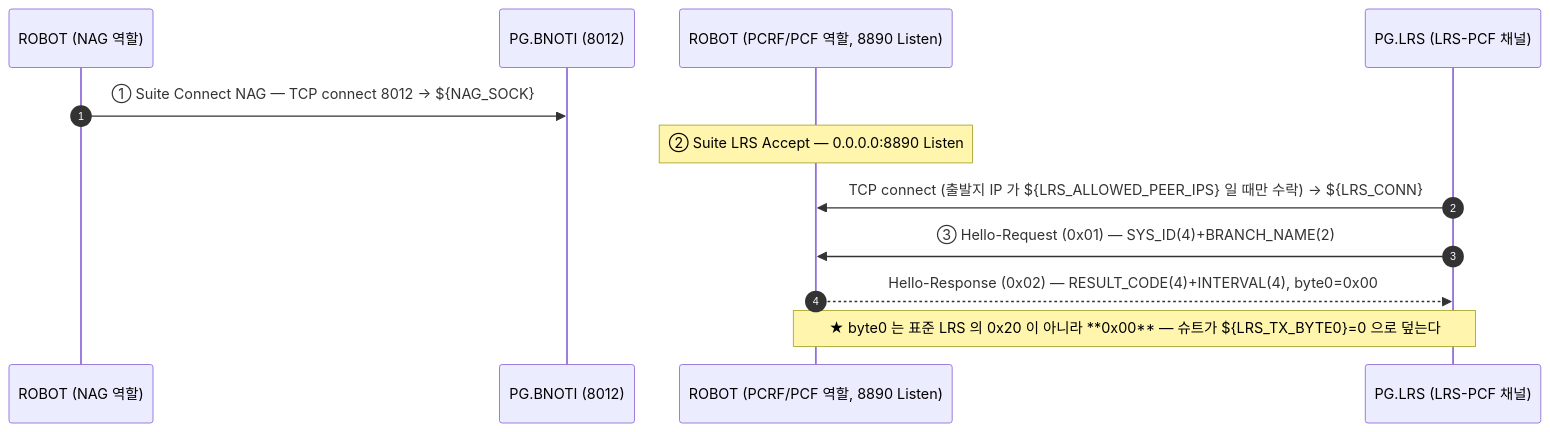
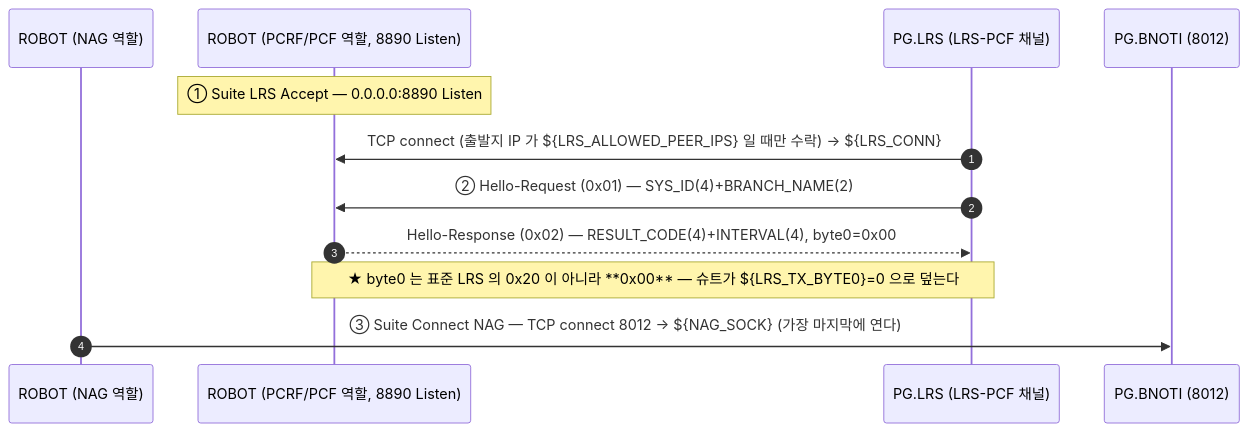
The first of 5 diagrams in docs/callflow/nag_callflow.md (IanKim2030/tc4robot), drawn with Mermaid before and after one commit. The commit also changed other lines of this file and 2 other files, not shown here.

First line of the commit message:
fix(nag): Suite Setup 순서 변경 — NAG 소켓을 가장 마지막에 연다

````diff
--- a/docs/callflow/nag_callflow.md
+++ b/docs/callflow/nag_callflow.md
@@ -47,15 +47,15 @@
 ```mermaid
 sequenceDiagram
     autonumber
     participant TOOL as ROBOT (NAG 역할)
-    participant PG as PG.BNOTI (8012)
     participant SRV as ROBOT (PCRF/PCF 역할, 8890 Listen)
     participant PLRS as PG.LRS (LRS-PCF 채널)
+    participant PG as PG.BNOTI (8012)
 
-    TOOL->>PG: ① Suite Connect NAG — TCP connect 8012 → ${NAG_SOCK}
-    Note over SRV: ② Suite LRS Accept — 0.0.0.0:8890 Listen
+    Note over SRV: ① Suite LRS Accept — 0.0.0.0:8890 Listen
     PLRS->>SRV: TCP connect (출발지 IP 가 ${LRS_ALLOWED_PEER_IPS} 일 때만 수락) → ${LRS_CONN}
-    PLRS->>SRV: ③ Hello-Request (0x01) — SYS_ID(4)+BRANCH_NAME(2)
+    PLRS->>SRV: ② Hello-Request (0x01) — SYS_ID(4)+BRANCH_NAME(2)
     SRV-->>PLRS: Hello-Response (0x02) — RESULT_CODE(4)+INTERVAL(4), byte0=0x00
     Note over SRV,PLRS: ★ byte0 는 표준 LRS 의 0x20 이 아니라 **0x00** — 슈트가 ${LRS_TX_BYTE0}=0 으로 덮는다
+    TOOL->>PG: ③ Suite Connect NAG — TCP connect 8012 → ${NAG_SOCK} (가장 마지막에 연다)
 ```
````
